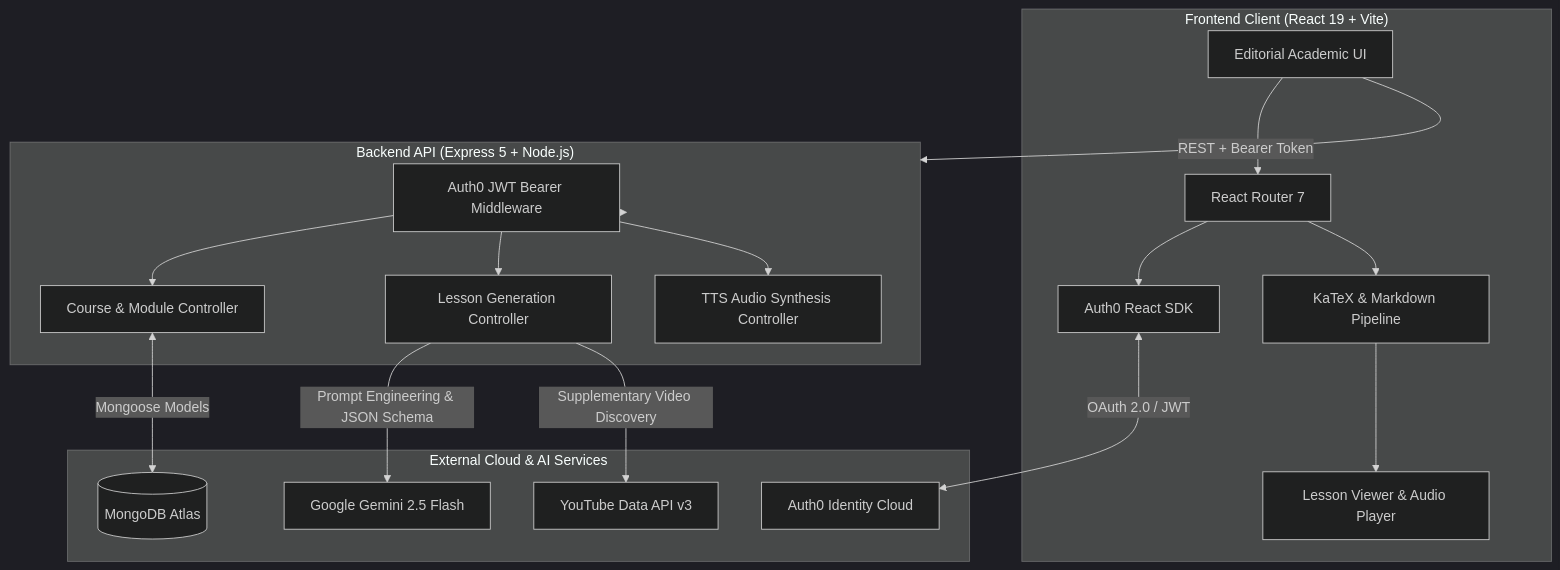
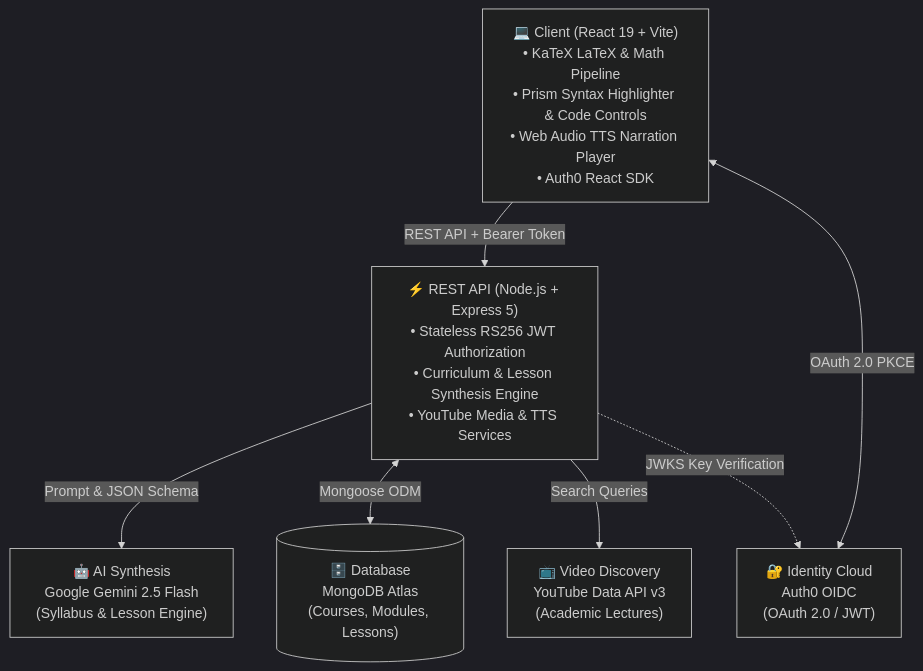
One commit to someshsinha/Socratic-AI changed the first of 2 diagrams in README.md. Above: the diagram before and after it, drawn with Mermaid. The commit also changed other lines of this file and 1 other file, not shown here.

Commit message:
readme updates

````diff
--- a/README.md
+++ b/README.md
@@ -63,38 +63,19 @@
 ```mermaid
 %%{init: {'theme': 'dark'}}%%
 flowchart TD
-    subgraph Client["Frontend Client (React 19 + Vite)"]
-        UI[Editorial Academic UI]
-        Router[React Router 7]
-        AuthClient[Auth0 React SDK]
-        KatexEngine[KaTeX & Markdown Pipeline]
-        LessonViewer[Lesson Viewer & Audio Player]
-    end
+    Client["💻 Client (React 19 + Vite)\n• KaTeX LaTeX & Math Pipeline\n• Prism Syntax Highlighter & Code Controls\n• Web Audio TTS Narration Player\n• Auth0 React SDK"]
+    
+    API["⚡ REST API (Node.js + Express 5)\n• Stateless RS256 JWT Authorization\n• Curriculum & Lesson Synthesis Engine\n• YouTube Media & TTS Services"]
 
-    subgraph Backend["Backend API (Express 5 + Node.js)"]
-        AuthMiddleware[Auth0 JWT Bearer Middleware]
-        CourseController[Course & Module Controller]
-        LessonController[Lesson Generation Controller]
-        TTSController[TTS Audio Synthesis Controller]
-    end
+    AI["🤖 AI Synthesis\nGoogle Gemini 2.5 Flash\n(Syllabus & Lesson Engine)"]
+    DB[("🗄️ Database\nMongoDB Atlas\n(Courses, Modules, Lessons)")]
+    YT["📺 Video Discovery\nYouTube Data API v3\n(Academic Lectures)"]
+    Auth["🔐 Identity Cloud\nAuth0 OIDC\n(OAuth 2.0 / JWT)"]
 
-    subgraph External["External Cloud & AI Services"]
-        Gemini[Google Gemini 2.5 Flash]
-        YouTube[YouTube Data API v3]
-        Auth0Cloud[Auth0 Identity Cloud]
-        MongoCloud[(MongoDB Atlas)]
-    end
-
-    UI --> Router
-    Router --> AuthClient
-    AuthClient <-->|OAuth 2.0 / JWT| Auth0Cloud
-    Router --> KatexEngine --> LessonViewer
-
-    UI -->|REST + Bearer Token| Backend
-    Backend --> AuthMiddleware
-    AuthMiddleware --> CourseController & LessonController & TTSController
-
-    LessonController -->|Prompt Engineering & JSON Schema| Gemini
-    LessonController -->|Supplementary Video Discovery| YouTube
-    CourseController <-->|Mongoose Models| MongoCloud
+    Client -->|REST API + Bearer Token| API
+    Client <-->|OAuth 2.0 PKCE| Auth
+    API -->|Prompt & JSON Schema| AI
+    API <-->|Mongoose ODM| DB
+    API -->|Search Queries| YT
+    API -.->|JWKS Key Verification| Auth
 ```
````
